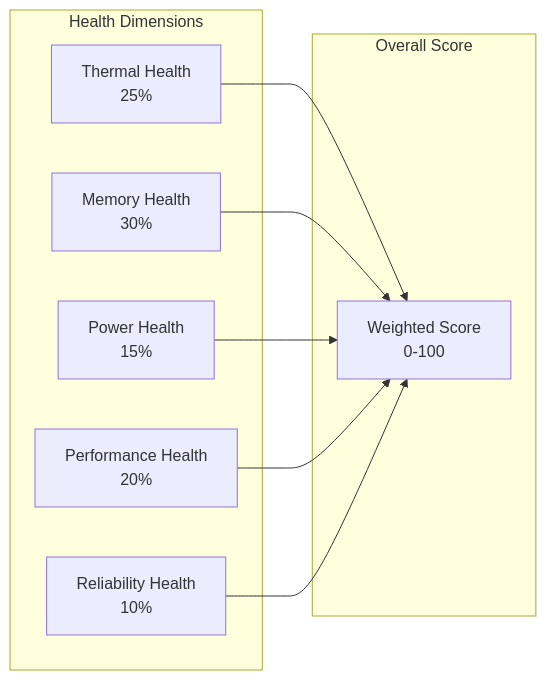
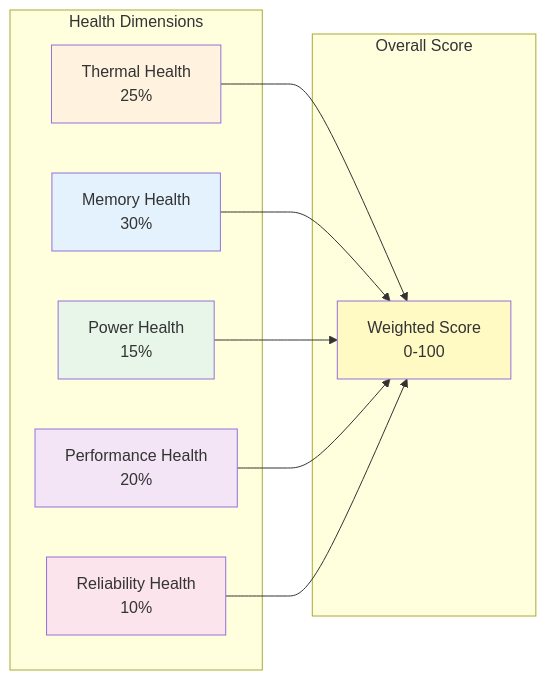
Before and after one commit to SolidRegardless/gpu-health-monitor: the seventh of 12 diagrams in gpu-health-system-architecture.md, drawn with Mermaid. The commit also changed other lines of this file, not shown here.

Commit message:
Add color-coded Mermaid diagrams to system architecture document

````diff
--- a/gpu-health-system-architecture.md
+++ b/gpu-health-system-architecture.md
@@ -686,20 +776,27 @@
 ```mermaid
 graph LR
     subgraph "Health Dimensions"
         H1[Thermal Health<br/>25%]
         H2[Memory Health<br/>30%]
         H3[Power Health<br/>15%]
         H4[Performance Health<br/>20%]
         H5[Reliability Health<br/>10%]
     end
     
     subgraph "Overall Score"
         Overall[Weighted Score<br/>0-100]
     end
     
     H1 --> Overall
     H2 --> Overall
     H3 --> Overall
     H4 --> Overall
     H5 --> Overall
+    
+    style H1 fill:#fff3e0
+    style H2 fill:#e3f2fd
+    style H3 fill:#e8f5e9
+    style H4 fill:#f3e5f5
+    style H5 fill:#fce4ec
+    style Overall fill:#fff9c4
 ```
````
